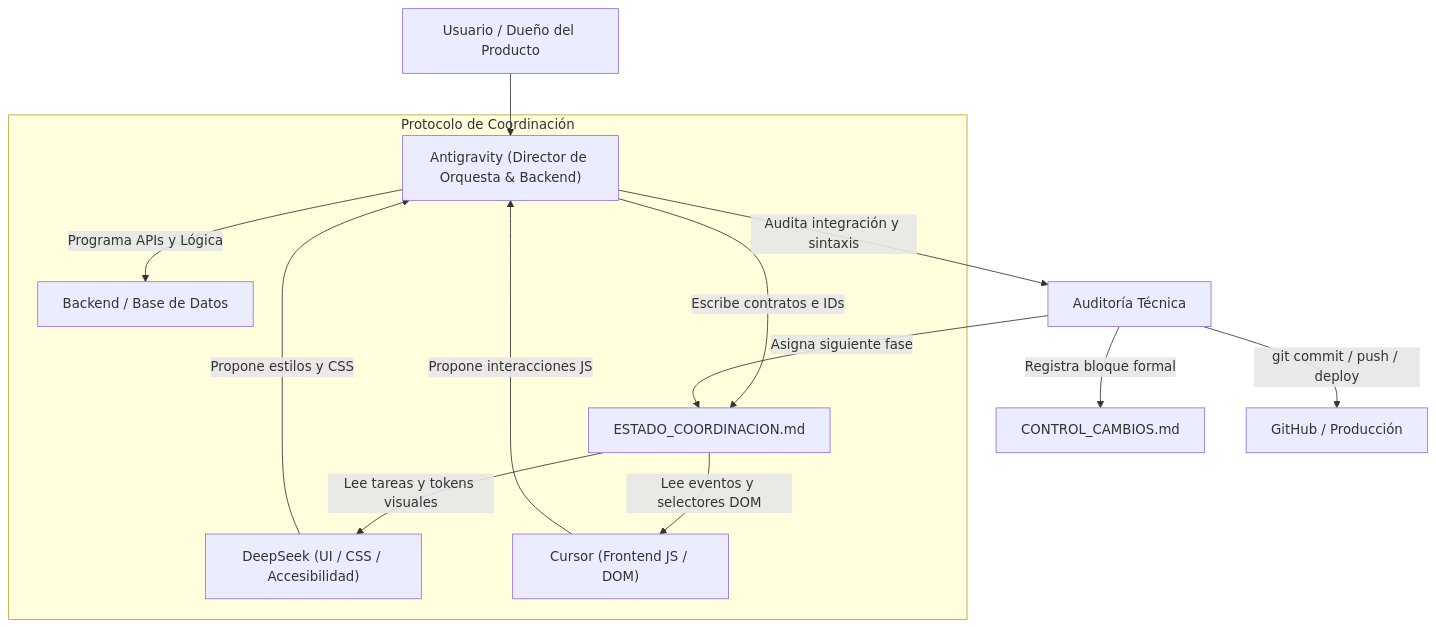
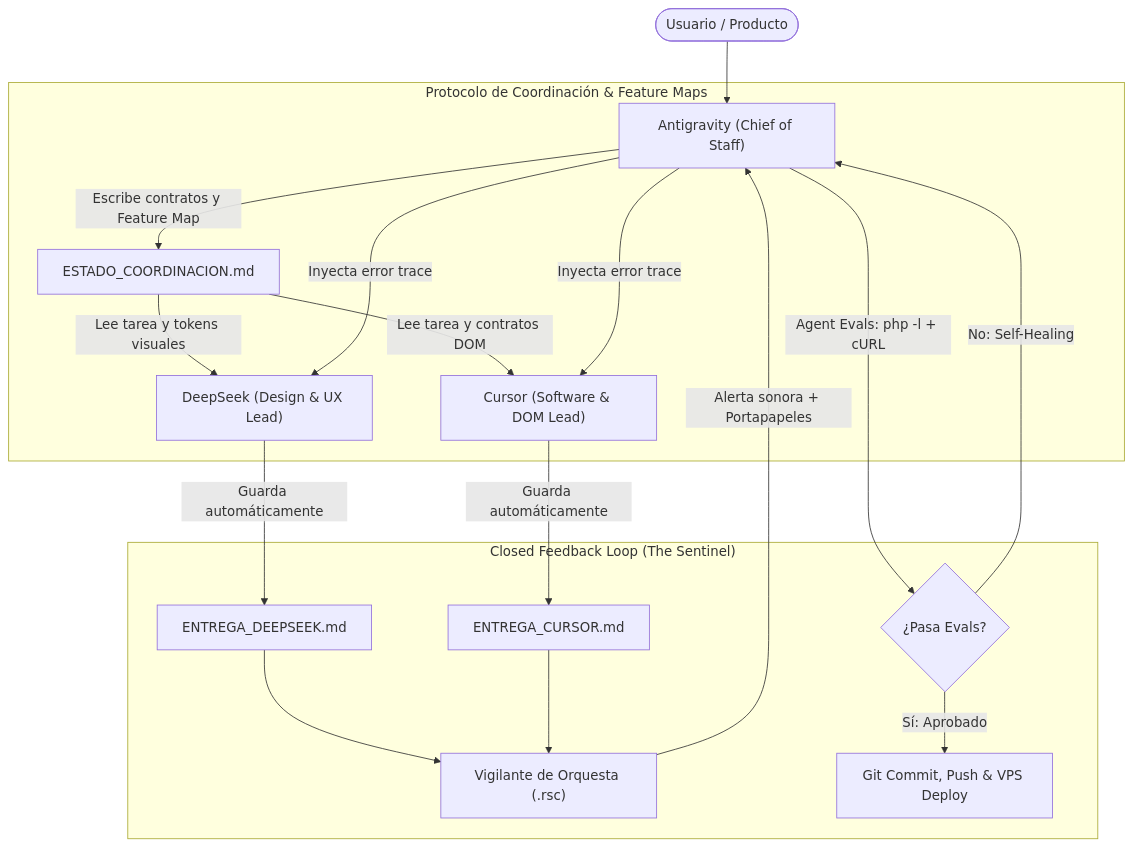
The diagram in PLANTILLA_ORQUESTACION_MULTIAGENTE.md (secutec90/Lectura), drawn with Mermaid before and after one commit. The commit also changed other lines of this file and 5 other files, not shown here.

Commit message:
feat(plantilla): actualizar _PLANTILLA_PROYECTO_NUEVO con metodologia SpaceX multi-agente (Feature Maps, Self-Healing, Guardrails)

````diff
--- a/PLANTILLA_ORQUESTACION_MULTIAGENTE.md
+++ b/PLANTILLA_ORQUESTACION_MULTIAGENTE.md
@@ -21,18 +21,24 @@
 ```mermaid
-graph TD
-    User["Usuario / Dueño del Producto"] --> AG["Antigravity (Director de Orquesta & Backend)"]
+flowchart TD
+    User([Usuario / Producto]) --> AG["Antigravity (Chief of Staff)"]
     
-    subgraph Orquestacion ["Protocolo de Coordinación"]
-        AG -->|Escribe contratos e IDs| EC["ESTADO_COORDINACION.md"]
-        EC -->|Lee tareas y tokens visuales| DS["DeepSeek (UI / CSS / Accesibilidad)"]
-        EC -->|Lee eventos y selectores DOM| CR["Cursor (Frontend JS / DOM)"]
-        AG -->|Programa APIs y Lógica| BE["Backend / Base de Datos"]
+    subgraph Orquestacion ["Protocolo de Coordinación & Feature Maps"]
+        AG -->|Escribe contratos y Feature Map| EC["ESTADO_COORDINACION.md"]
+        EC -->|Lee tarea y tokens visuales| DS["DeepSeek (Design & UX Lead)"]
+        EC -->|Lee tarea y contratos DOM| CR["Cursor (Software & DOM Lead)"]
     end
     
-    DS -->|Propone estilos y CSS| AG
-    CR -->|Propone interacciones JS| AG
-    AG -->|Audita integración y sintaxis| AUD["Auditoría Técnica"]
-    AUD -->|Registra bloque formal| CC["CONTROL_CAMBIOS.md"]
-    AUD -->|git commit / push / deploy| PROD["GitHub / Producción"]
-    AUD -->|Asigna siguiente fase| EC
+    DS -->|Guarda automáticamente| EDS["ENTREGA_DEEPSEEK.md"]
+    CR -->|Guarda automáticamente| ECR["ENTREGA_CURSOR.md"]
+    
+    subgraph Feedback ["Closed Feedback Loop (The Sentinel)"]
+        EDS --> VIG["Vigilante de Orquesta (.rsc)"]
+        ECR --> VIG
+        VIG -->|Alerta sonora + Portapapeles| AG
+        AG -->|Agent Evals: php -l + cURL| EVALS{"¿Pasa Evals?"}
+        EVALS -- No: Self-Healing --> AG
+        AG -- Inyecta error trace --> DS
+        AG -- Inyecta error trace --> CR
+        EVALS -- Sí: Aprobado --> PROD["Git Commit, Push & VPS Deploy"]
+    end
 ```
````
